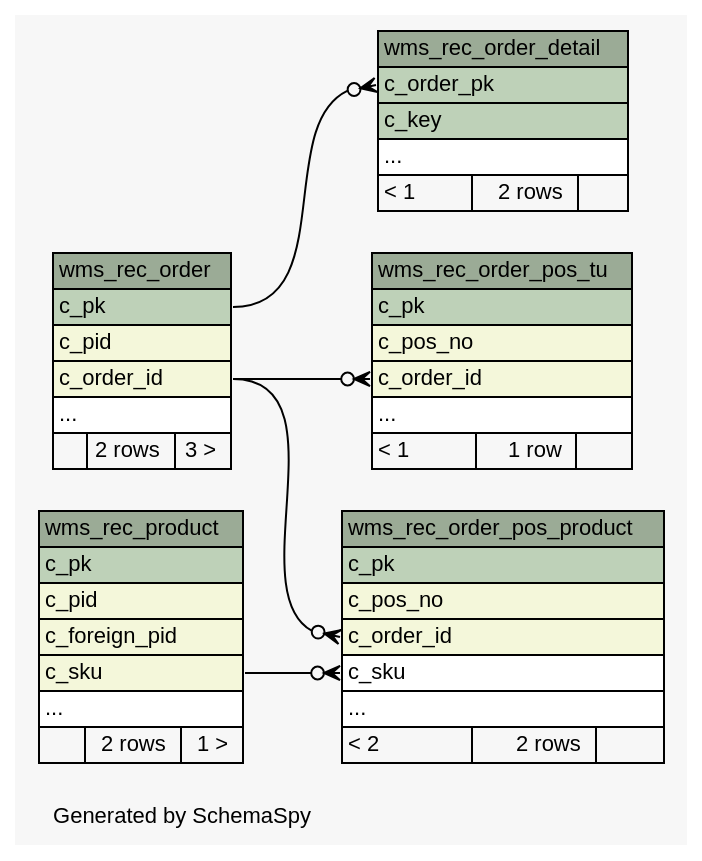
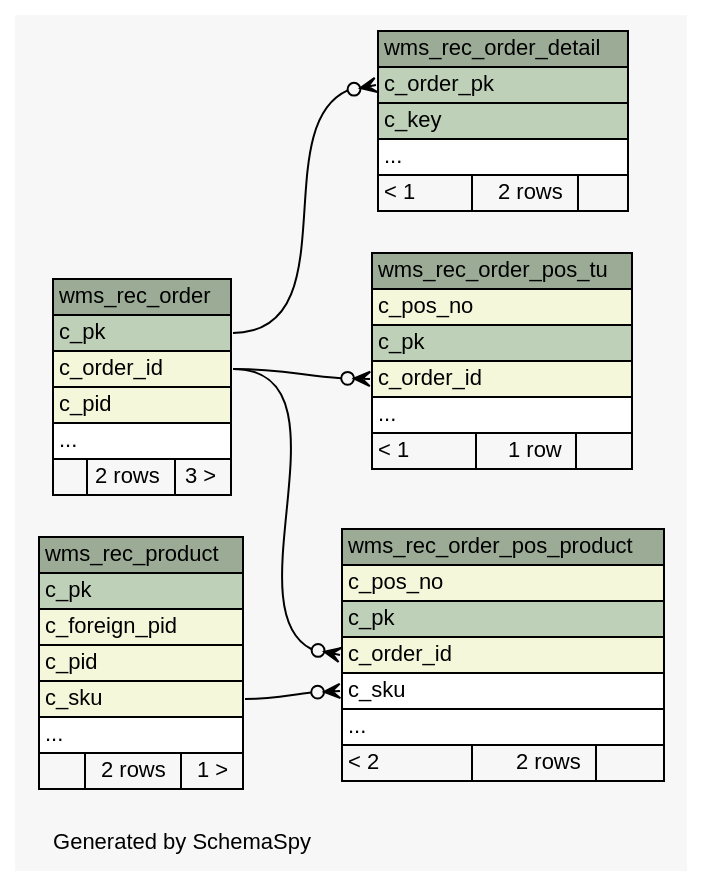
One commit to openwms/org.openwms.wms.receiving.lib changed the diagram in 1.0.0-SNAPSHOT/schemaspy/diagrams/summary/relationships.real.compact.dot. Above: the diagram before and after it, drawn with Graphviz. The commit also changed 508 other files, not shown here.

```diff
--- a/1.0.0-SNAPSHOT/schemaspy/diagrams/summary/relationships.real.compact.dot
+++ b/1.0.0-SNAPSHOT/schemaspy/diagrams/summary/relationships.real.compact.dot
@@ -1,92 +1,92 @@
-// dot 2.43.0 on Linux 6.2.0-1016-azure
+// dot 2.43.0 on Linux 6.5.0-1022-azure
 // SchemaSpy rev Unknown
 digraph "compactRelationshipsDiagram" {
   graph [
     rankdir="RL"
     bgcolor="#f7f7f7"
     label="\nGenerated by SchemaSpy"
     labeljust="l"
     nodesep="0.18"
     ranksep="0.46"
     fontname="Helvetica"
     fontsize="11"
   ];
   node [
     fontname="Helvetica"
     fontsize="11"
     shape="plaintext"
   ];
   edge [
     arrowsize="0.8"
   ];
   "wms_rec_order" [
     label=<
     <TABLE BORDER="0" CELLBORDER="1" CELLSPACING="0" BGCOLOR="#ffffff">
       <TR><TD COLSPAN="3" BGCOLOR="#9bab96" ALIGN="CENTER">wms_rec_order</TD></TR>
       <TR><TD PORT="c_pk" COLSPAN="3" BGCOLOR="#bed1b8" ALIGN="LEFT">c_pk</TD></TR>
+      <TR><TD PORT="c_order_id" COLSPAN="3" BGCOLOR="#f4f7da" ALIGN="LEFT">c_order_id</TD></TR>
       <TR><TD PORT="c_pid" COLSPAN="3" BGCOLOR="#f4f7da" ALIGN="LEFT">c_pid</TD></TR>
-      <TR><TD PORT="c_order_id" COLSPAN="3" BGCOLOR="#f4f7da" ALIGN="LEFT">c_order_id</TD></TR>
       <TR><TD PORT="elipses" COLSPAN="3" ALIGN="LEFT">...</TD></TR>
       <TR><TD ALIGN="LEFT" BGCOLOR="#f7f7f7">  </TD><TD ALIGN="RIGHT" BGCOLOR="#f7f7f7">2 rows</TD><TD ALIGN="RIGHT" BGCOLOR="#f7f7f7">3 &gt;</TD></TR>
     </TABLE>>
     URL="tables/wms_rec_order.html"
     tooltip="wms_rec_order"
   ];
   "wms_rec_order_detail" [
     label=<
     <TABLE BORDER="0" CELLBORDER="1" CELLSPACING="0" BGCOLOR="#ffffff">
       <TR><TD COLSPAN="3" BGCOLOR="#9bab96" ALIGN="CENTER">wms_rec_order_detail</TD></TR>
       <TR><TD PORT="c_order_pk" COLSPAN="3" BGCOLOR="#bed1b8" ALIGN="LEFT">c_order_pk</TD></TR>
       <TR><TD PORT="c_key" COLSPAN="3" BGCOLOR="#bed1b8" ALIGN="LEFT">c_key</TD></TR>
       <TR><TD PORT="elipses" COLSPAN="3" ALIGN="LEFT">...</TD></TR>
       <TR><TD ALIGN="LEFT" BGCOLOR="#f7f7f7">&lt; 1</TD><TD ALIGN="RIGHT" BGCOLOR="#f7f7f7">2 rows</TD><TD ALIGN="RIGHT" BGCOLOR="#f7f7f7">  </TD></TR>
     </TABLE>>
     URL="tables/wms_rec_order_detail.html"
     tooltip="wms_rec_order_detail"
   ];
   "wms_rec_order_pos_product" [
     label=<
     <TABLE BORDER="0" CELLBORDER="1" CELLSPACING="0" BGCOLOR="#ffffff">
       <TR><TD COLSPAN="3" BGCOLOR="#9bab96" ALIGN="CENTER">wms_rec_order_pos_product</TD></TR>
+      <TR><TD PORT="c_pos_no" COLSPAN="3" BGCOLOR="#f4f7da" ALIGN="LEFT">c_pos_no</TD></TR>
       <TR><TD PORT="c_pk" COLSPAN="3" BGCOLOR="#bed1b8" ALIGN="LEFT">c_pk</TD></TR>
-      <TR><TD PORT="c_pos_no" COLSPAN="3" BGCOLOR="#f4f7da" ALIGN="LEFT">c_pos_no</TD></TR>
       <TR><TD PORT="c_order_id" COLSPAN="3" BGCOLOR="#f4f7da" ALIGN="LEFT">c_order_id</TD></TR>
       <TR><TD PORT="c_sku" COLSPAN="3" ALIGN="LEFT">c_sku</TD></TR>
       <TR><TD PORT="elipses" COLSPAN="3" ALIGN="LEFT">...</TD></TR>
       <TR><TD ALIGN="LEFT" BGCOLOR="#f7f7f7">&lt; 2</TD><TD ALIGN="RIGHT" BGCOLOR="#f7f7f7">2 rows</TD><TD ALIGN="RIGHT" BGCOLOR="#f7f7f7">  </TD></TR>
     </TABLE>>
     URL="tables/wms_rec_order_pos_product.html"
     tooltip="wms_rec_order_pos_product"
   ];
   "wms_rec_order_pos_tu" [
     label=<
     <TABLE BORDER="0" CELLBORDER="1" CELLSPACING="0" BGCOLOR="#ffffff">
       <TR><TD COLSPAN="3" BGCOLOR="#9bab96" ALIGN="CENTER">wms_rec_order_pos_tu</TD></TR>
+      <TR><TD PORT="c_pos_no" COLSPAN="3" BGCOLOR="#f4f7da" ALIGN="LEFT">c_pos_no</TD></TR>
       <TR><TD PORT="c_pk" COLSPAN="3" BGCOLOR="#bed1b8" ALIGN="LEFT">c_pk</TD></TR>
-      <TR><TD PORT="c_pos_no" COLSPAN="3" BGCOLOR="#f4f7da" ALIGN="LEFT">c_pos_no</TD></TR>
       <TR><TD PORT="c_order_id" COLSPAN="3" BGCOLOR="#f4f7da" ALIGN="LEFT">c_order_id</TD></TR>
       <TR><TD PORT="elipses" COLSPAN="3" ALIGN="LEFT">...</TD></TR>
       <TR><TD ALIGN="LEFT" BGCOLOR="#f7f7f7">&lt; 1</TD><TD ALIGN="RIGHT" BGCOLOR="#f7f7f7">1 row</TD><TD ALIGN="RIGHT" BGCOLOR="#f7f7f7">  </TD></TR>
     </TABLE>>
     URL="tables/wms_rec_order_pos_tu.html"
     tooltip="wms_rec_order_pos_tu"
   ];
   "wms_rec_product" [
     label=<
     <TABLE BORDER="0" CELLBORDER="1" CELLSPACING="0" BGCOLOR="#ffffff">
       <TR><TD COLSPAN="3" BGCOLOR="#9bab96" ALIGN="CENTER">wms_rec_product</TD></TR>
       <TR><TD PORT="c_pk" COLSPAN="3" BGCOLOR="#bed1b8" ALIGN="LEFT">c_pk</TD></TR>
+      <TR><TD PORT="c_foreign_pid" COLSPAN="3" BGCOLOR="#f4f7da" ALIGN="LEFT">c_foreign_pid</TD></TR>
       <TR><TD PORT="c_pid" COLSPAN="3" BGCOLOR="#f4f7da" ALIGN="LEFT">c_pid</TD></TR>
-      <TR><TD PORT="c_foreign_pid" COLSPAN="3" BGCOLOR="#f4f7da" ALIGN="LEFT">c_foreign_pid</TD></TR>
       <TR><TD PORT="c_sku" COLSPAN="3" BGCOLOR="#f4f7da" ALIGN="LEFT">c_sku</TD></TR>
       <TR><TD PORT="elipses" COLSPAN="3" ALIGN="LEFT">...</TD></TR>
       <TR><TD ALIGN="LEFT" BGCOLOR="#f7f7f7">  </TD><TD ALIGN="RIGHT" BGCOLOR="#f7f7f7">2 rows</TD><TD ALIGN="RIGHT" BGCOLOR="#f7f7f7">1 &gt;</TD></TR>
     </TABLE>>
     URL="tables/wms_rec_product.html"
     tooltip="wms_rec_product"
   ];
   "wms_rec_order_detail":"c_order_pk":w -> "wms_rec_order":"c_pk":e [arrowhead=none dir=back arrowtail=crowodot];
   "wms_rec_order_pos_product":"c_order_id":w -> "wms_rec_order":"c_order_id":e [arrowhead=none dir=back arrowtail=crowodot];
   "wms_rec_order_pos_product":"c_sku":w -> "wms_rec_product":"c_sku":e [arrowhead=none dir=back arrowtail=crowodot];
   "wms_rec_order_pos_tu":"c_order_id":w -> "wms_rec_order":"c_order_id":e [arrowhead=none dir=back arrowtail=crowodot];
 }
```
